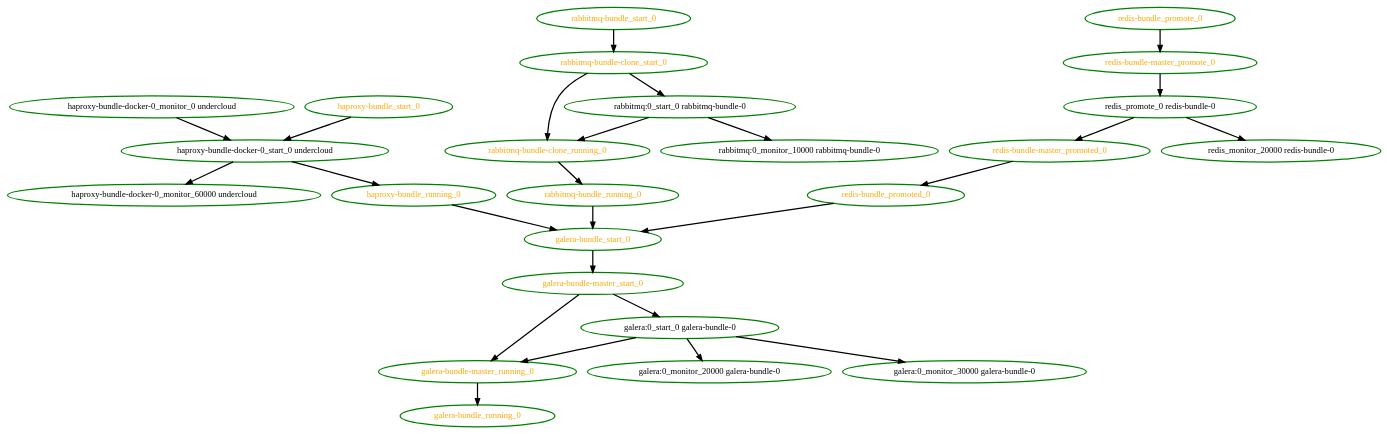
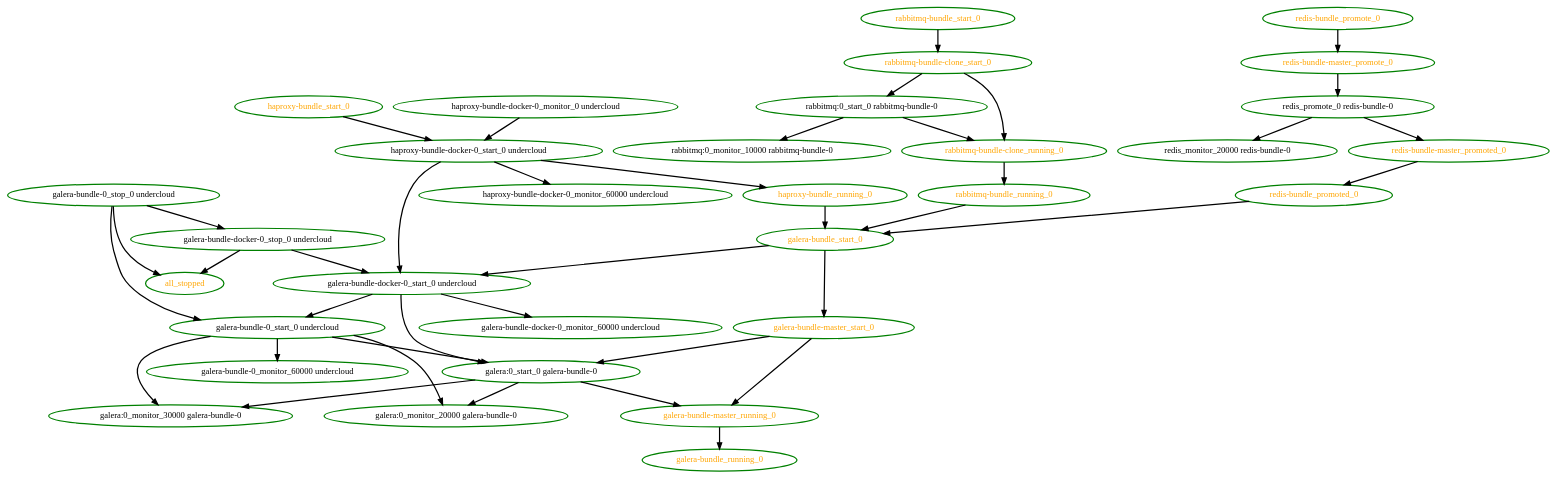
The diagram in pengine/test10/bundle-order-partial-start-2.dot (ClusterLabs/pacemaker), drawn with Graphviz before and after one commit. The commit also changed 17 other files, not shown here.

```diff
--- a/pengine/test10/bundle-order-partial-start-2.dot
+++ b/pengine/test10/bundle-order-partial-start-2.dot
@@ -1,51 +1,72 @@
 digraph "g" {
+"all_stopped" [ style=bold color="green" fontcolor="orange"]
+"galera-bundle-0_monitor_60000 undercloud" [ style=bold color="green" fontcolor="black"]
+"galera-bundle-0_start_0 undercloud" -> "galera-bundle-0_monitor_60000 undercloud" [ style = bold]
+"galera-bundle-0_start_0 undercloud" -> "galera:0_monitor_20000 galera-bundle-0" [ style = bold]
+"galera-bundle-0_start_0 undercloud" -> "galera:0_monitor_30000 galera-bundle-0" [ style = bold]
+"galera-bundle-0_start_0 undercloud" -> "galera:0_start_0 galera-bundle-0" [ style = bold]
+"galera-bundle-0_start_0 undercloud" [ style=bold color="green" fontcolor="black"]
+"galera-bundle-0_stop_0 undercloud" -> "all_stopped" [ style = bold]
+"galera-bundle-0_stop_0 undercloud" -> "galera-bundle-0_start_0 undercloud" [ style = bold]
+"galera-bundle-0_stop_0 undercloud" -> "galera-bundle-docker-0_stop_0 undercloud" [ style = bold]
+"galera-bundle-0_stop_0 undercloud" [ style=bold color="green" fontcolor="black"]
+"galera-bundle-docker-0_monitor_60000 undercloud" [ style=bold color="green" fontcolor="black"]
+"galera-bundle-docker-0_start_0 undercloud" -> "galera-bundle-0_start_0 undercloud" [ style = bold]
+"galera-bundle-docker-0_start_0 undercloud" -> "galera-bundle-docker-0_monitor_60000 undercloud" [ style = bold]
+"galera-bundle-docker-0_start_0 undercloud" -> "galera:0_start_0 galera-bundle-0" [ style = bold]
+"galera-bundle-docker-0_start_0 undercloud" [ style=bold color="green" fontcolor="black"]
+"galera-bundle-docker-0_stop_0 undercloud" -> "all_stopped" [ style = bold]
+"galera-bundle-docker-0_stop_0 undercloud" -> "galera-bundle-docker-0_start_0 undercloud" [ style = bold]
+"galera-bundle-docker-0_stop_0 undercloud" [ style=bold color="green" fontcolor="black"]
 "galera-bundle-master_running_0" -> "galera-bundle_running_0" [ style = bold]
 "galera-bundle-master_running_0" [ style=bold color="green" fontcolor="orange"]
 "galera-bundle-master_start_0" -> "galera-bundle-master_running_0" [ style = bold]
 "galera-bundle-master_start_0" -> "galera:0_start_0 galera-bundle-0" [ style = bold]
 "galera-bundle-master_start_0" [ style=bold color="green" fontcolor="orange"]
 "galera-bundle_running_0" [ style=bold color="green" fontcolor="orange"]
+"galera-bundle_start_0" -> "galera-bundle-docker-0_start_0 undercloud" [ style = bold]
 "galera-bundle_start_0" -> "galera-bundle-master_start_0" [ style = bold]
 "galera-bundle_start_0" [ style=bold color="green" fontcolor="orange"]
 "galera:0_monitor_20000 galera-bundle-0" [ style=bold color="green" fontcolor="black"]
 "galera:0_monitor_30000 galera-bundle-0" [ style=bold color="green" fontcolor="black"]
 "galera:0_start_0 galera-bundle-0" -> "galera-bundle-master_running_0" [ style = bold]
 "galera:0_start_0 galera-bundle-0" -> "galera:0_monitor_20000 galera-bundle-0" [ style = bold]
 "galera:0_start_0 galera-bundle-0" -> "galera:0_monitor_30000 galera-bundle-0" [ style = bold]
 "galera:0_start_0 galera-bundle-0" [ style=bold color="green" fontcolor="black"]
 "haproxy-bundle-docker-0_monitor_0 undercloud" -> "haproxy-bundle-docker-0_start_0 undercloud" [ style = bold]
 "haproxy-bundle-docker-0_monitor_0 undercloud" [ style=bold color="green" fontcolor="black"]
 "haproxy-bundle-docker-0_monitor_60000 undercloud" [ style=bold color="green" fontcolor="black"]
+"haproxy-bundle-docker-0_start_0 undercloud" -> "galera-bundle-docker-0_start_0 undercloud" [ style = bold]
 "haproxy-bundle-docker-0_start_0 undercloud" -> "haproxy-bundle-docker-0_monitor_60000 undercloud" [ style = bold]
 "haproxy-bundle-docker-0_start_0 undercloud" -> "haproxy-bundle_running_0" [ style = bold]
 "haproxy-bundle-docker-0_start_0 undercloud" [ style=bold color="green" fontcolor="black"]
 "haproxy-bundle_running_0" -> "galera-bundle_start_0" [ style = bold]
 "haproxy-bundle_running_0" [ style=bold color="green" fontcolor="orange"]
 "haproxy-bundle_start_0" -> "haproxy-bundle-docker-0_start_0 undercloud" [ style = bold]
 "haproxy-bundle_start_0" [ style=bold color="green" fontcolor="orange"]
 "rabbitmq-bundle-clone_running_0" -> "rabbitmq-bundle_running_0" [ style = bold]
 "rabbitmq-bundle-clone_running_0" [ style=bold color="green" fontcolor="orange"]
 "rabbitmq-bundle-clone_start_0" -> "rabbitmq-bundle-clone_running_0" [ style = bold]
 "rabbitmq-bundle-clone_start_0" -> "rabbitmq:0_start_0 rabbitmq-bundle-0" [ style = bold]
 "rabbitmq-bundle-clone_start_0" [ style=bold color="green" fontcolor="orange"]
 "rabbitmq-bundle_running_0" -> "galera-bundle_start_0" [ style = bold]
 "rabbitmq-bundle_running_0" [ style=bold color="green" fontcolor="orange"]
 "rabbitmq-bundle_start_0" -> "rabbitmq-bundle-clone_start_0" [ style = bold]
 "rabbitmq-bundle_start_0" [ style=bold color="green" fontcolor="orange"]
 "rabbitmq:0_monitor_10000 rabbitmq-bundle-0" [ style=bold color="green" fontcolor="black"]
 "rabbitmq:0_start_0 rabbitmq-bundle-0" -> "rabbitmq-bundle-clone_running_0" [ style = bold]
 "rabbitmq:0_start_0 rabbitmq-bundle-0" -> "rabbitmq:0_monitor_10000 rabbitmq-bundle-0" [ style = bold]
 "rabbitmq:0_start_0 rabbitmq-bundle-0" [ style=bold color="green" fontcolor="black"]
 "redis-bundle-master_promote_0" -> "redis_promote_0 redis-bundle-0" [ style = bold]
 "redis-bundle-master_promote_0" [ style=bold color="green" fontcolor="orange"]
 "redis-bundle-master_promoted_0" -> "redis-bundle_promoted_0" [ style = bold]
 "redis-bundle-master_promoted_0" [ style=bold color="green" fontcolor="orange"]
 "redis-bundle_promote_0" -> "redis-bundle-master_promote_0" [ style = bold]
 "redis-bundle_promote_0" [ style=bold color="green" fontcolor="orange"]
 "redis-bundle_promoted_0" -> "galera-bundle_start_0" [ style = bold]
 "redis-bundle_promoted_0" [ style=bold color="green" fontcolor="orange"]
 "redis_monitor_20000 redis-bundle-0" [ style=bold color="green" fontcolor="black"]
 "redis_promote_0 redis-bundle-0" -> "redis-bundle-master_promoted_0" [ style = bold]
 "redis_promote_0 redis-bundle-0" -> "redis_monitor_20000 redis-bundle-0" [ style = bold]
 "redis_promote_0 redis-bundle-0" [ style=bold color="green" fontcolor="black"]
 }
```
